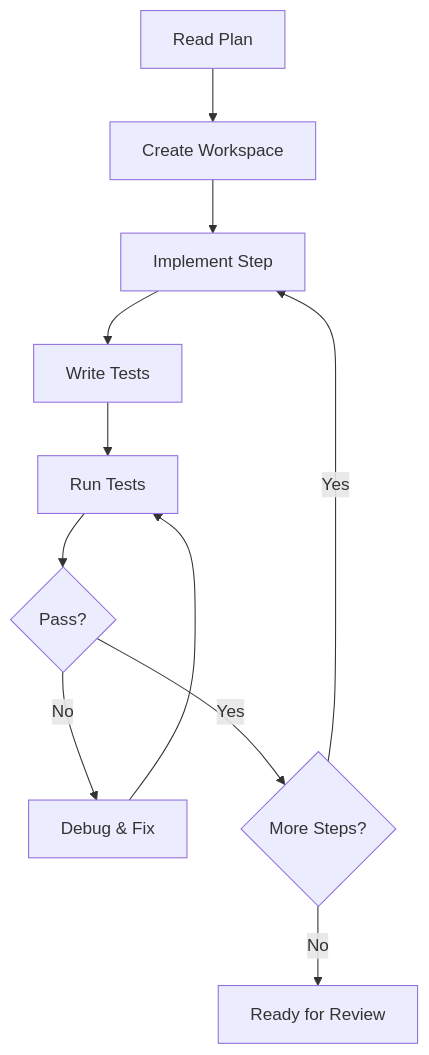
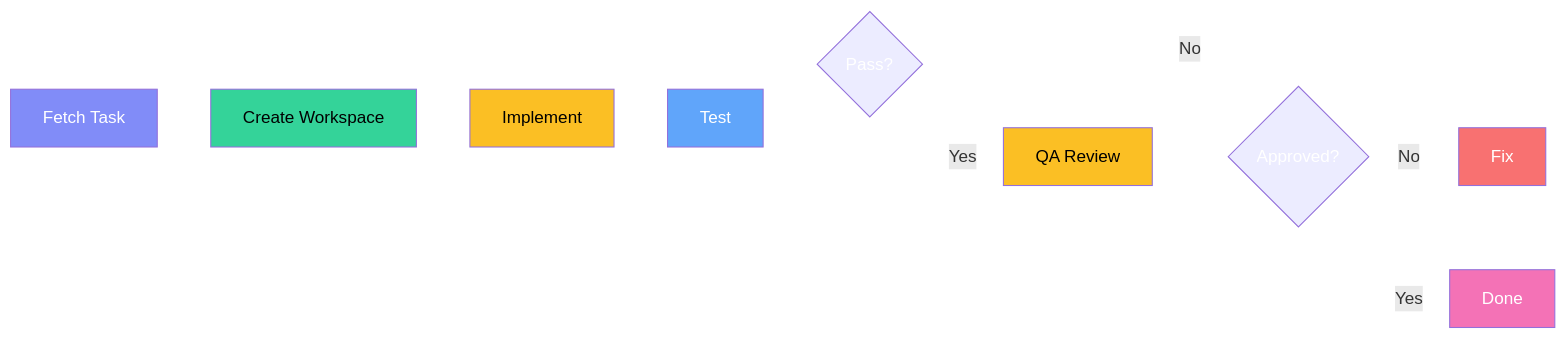
One commit to majesticlabs-dev/marketplace-tutorial changed the second of 3 diagrams in slides.md. Above: the diagram before and after it, drawn with Mermaid. The commit also changed other lines of this file, not shown here.

````diff
--- a/slides.md
+++ b/slides.md
@@ -299,13 +282,25 @@
-```mermaid {scale: 0.7}
-graph TD
-    A[Read Plan] --> B[Create Workspace]
-    B --> C[Implement Step]
-    C --> D[Write Tests]
-    D --> E[Run Tests]
-    E --> F{Pass?}
-    F -->|No| G[Debug & Fix]
-    G --> E
-    F -->|Yes| H{More Steps?}
-    H -->|Yes| C
-    H -->|No| I[Ready for Review]
+```mermaid {scale: 0.6}
+graph LR
+    A[Fetch Task] --> B[Create Workspace]
+    B --> C[Implement]
+    C --> D[Test]
+    D --> E{Pass?}
+    E -->|No| F[Fix]
+    F --> D
+    E -->|Yes| G[QA Review]
+    G --> H{Approved?}
+    H -->|No| F
+    H -->|Yes| I[Done]
+
+    style A fill:#818cf8,color:#fff
+    style B fill:#34d399,color:#000
+    style C fill:#fbbf24,color:#000
+    style D fill:#60a5fa,color:#fff
+    style E color:#fff
+    style F fill:#f87171,color:#fff
+    style G fill:#fbbf24,color:#000
+    style H color:#fff
+    style I fill:#f472b6,color:#fff
+
+    linkStyle default stroke:#fff,stroke-width:2px
 ```
````
